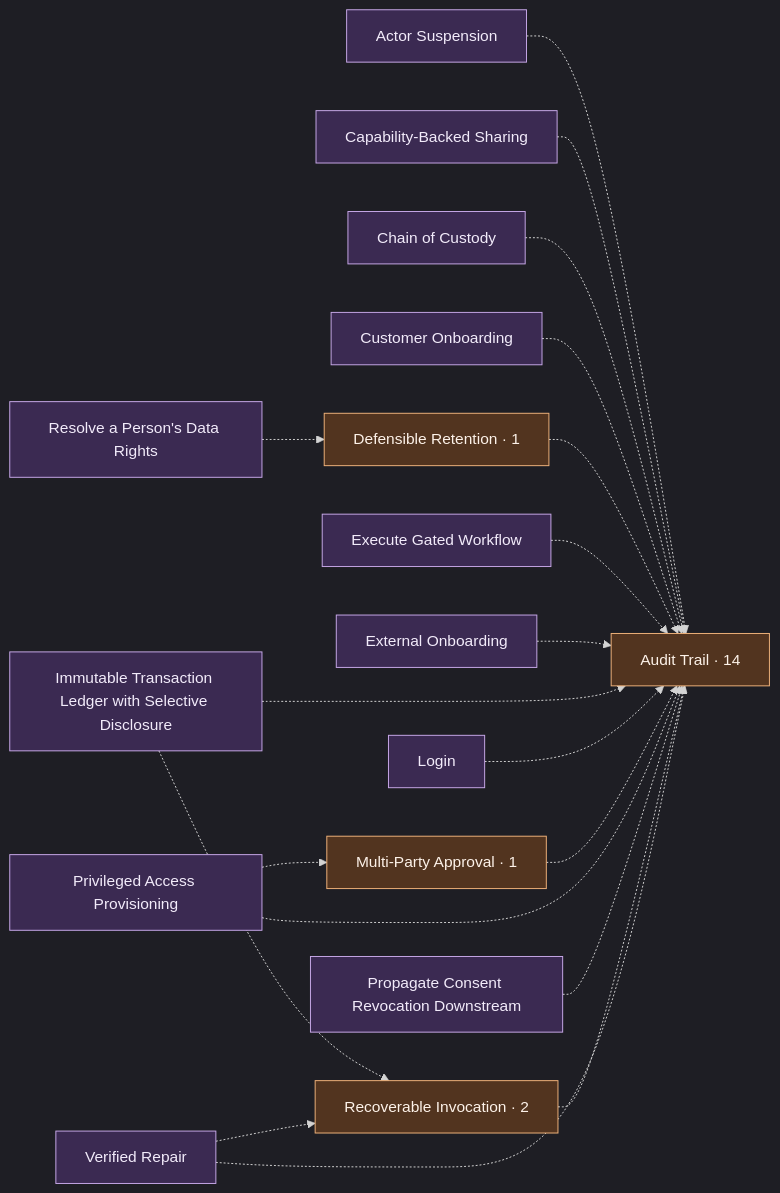
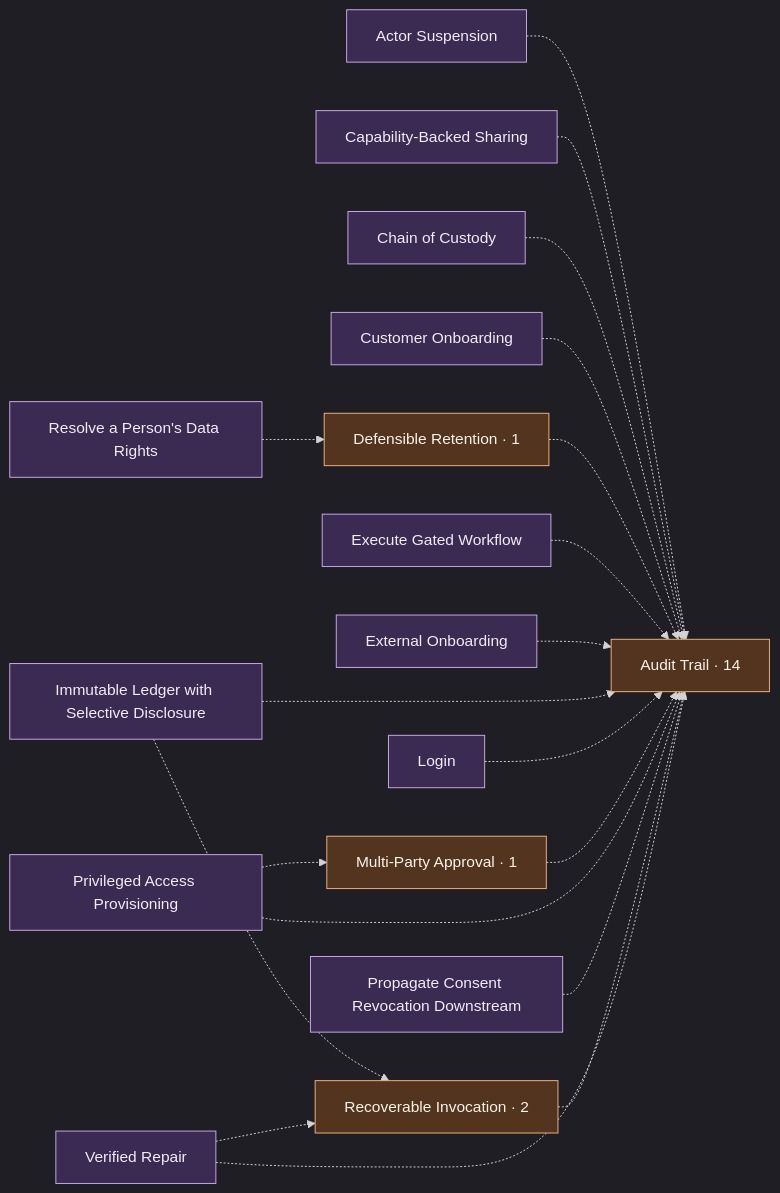
The first of 2 diagrams in graph.md (scottromack/grace-commons), drawn with Mermaid before and after one commit. The commit also changed other lines of this file and 134 other files, not shown here.

````diff
--- a/graph.md
+++ b/graph.md
@@ -72,42 +72,42 @@
 ```mermaid
 %%{init: {"theme": "dark", "flowchart": {"htmlLabels": true}} }%%
 flowchart LR
   actor_suspension["Actor Suspension"]
   audit_trail["Audit Trail · 14"]
   capability_backed_sharing["Capability-Backed Sharing"]
   chain_of_custody["Chain of Custody"]
   customer_onboarding["Customer Onboarding"]
   defensible_retention["Defensible Retention · 1"]
   execute_gated_workflow["Execute Gated Workflow"]
   external_onboarding["External Onboarding"]
-  immutable_transaction_ledger["Immutable Transaction Ledger with Selective Disclosure"]
+  immutable_ledger["Immutable Ledger with Selective Disclosure"]
   login["Login"]
   multi_party_approval["Multi-Party Approval · 1"]
   privileged_access_provisioning["Privileged Access Provisioning"]
   propagate_consent_revocation_downstream["Propagate Consent Revocation Downstream"]
   recoverable_invocation["Recoverable Invocation · 2"]
   resolve_a_persons_data_rights["Resolve a Person's Data Rights"]
   verified_repair["Verified Repair"]
   actor_suspension -.-> audit_trail
   capability_backed_sharing -.-> audit_trail
   chain_of_custody -.-> audit_trail
   customer_onboarding -.-> audit_trail
   defensible_retention -.-> audit_trail
   execute_gated_workflow -.-> audit_trail
   external_onboarding -.-> audit_trail
-  immutable_transaction_ledger -.-> audit_trail
-  immutable_transaction_ledger -.-> recoverable_invocation
+  immutable_ledger -.-> audit_trail
+  immutable_ledger -.-> recoverable_invocation
   login -.-> audit_trail
   multi_party_approval -.-> audit_trail
   privileged_access_provisioning -.-> audit_trail
   privileged_access_provisioning -.-> multi_party_approval
   propagate_consent_revocation_downstream -.-> audit_trail
   recoverable_invocation -.-> audit_trail
   resolve_a_persons_data_rights -.-> defensible_retention
   verified_repair -.-> audit_trail
   verified_repair -.-> recoverable_invocation
   classDef comp fill:#3b2a52,stroke:#c7a8e8,color:#f2ebfa;
   classDef spine fill:#52341f,stroke:#f0b27a,color:#fdf2e9;
-  class actor_suspension,audit_trail,capability_backed_sharing,chain_of_custody,customer_onboarding,defensible_retention,execute_gated_workflow,external_onboarding,immutable_transaction_ledger,login,multi_party_approval,privileged_access_provisioning,propagate_consent_revocation_downstream,recoverable_invocation,resolve_a_persons_data_rights,verified_repair comp;
+  class actor_suspension,audit_trail,capability_backed_sharing,chain_of_custody,customer_onboarding,defensible_retention,execute_gated_workflow,external_onboarding,immutable_ledger,login,multi_party_approval,privileged_access_provisioning,propagate_consent_revocation_downstream,recoverable_invocation,resolve_a_persons_data_rights,verified_repair comp;
   class audit_trail,defensible_retention,multi_party_approval,recoverable_invocation spine;
 ```
````
